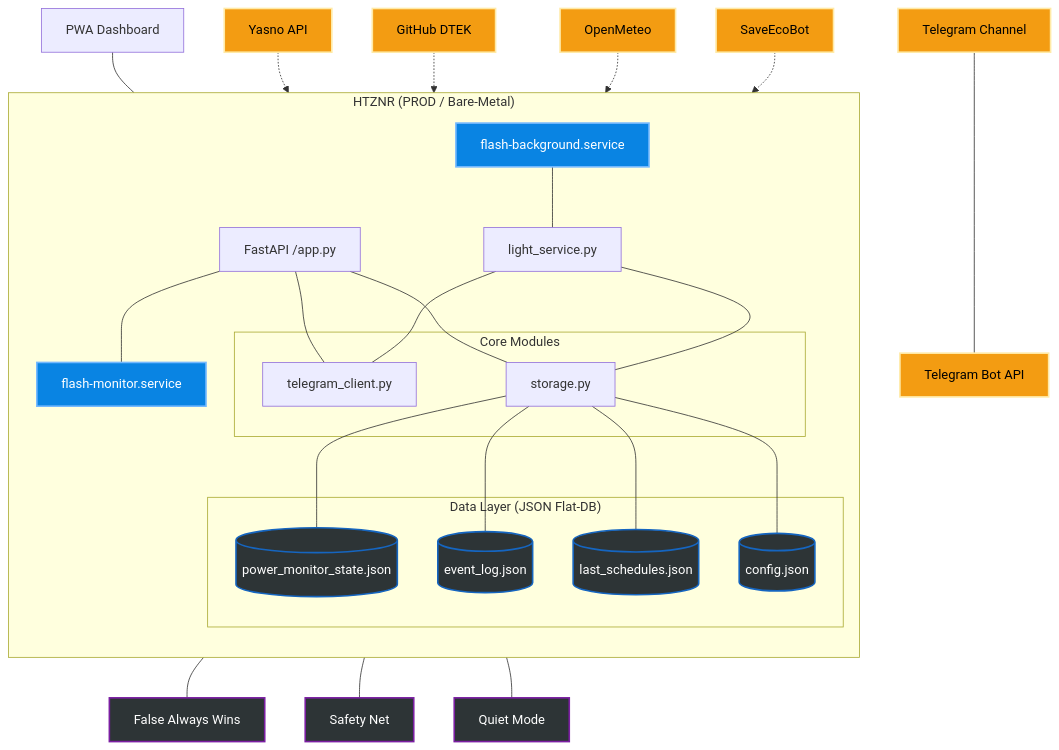
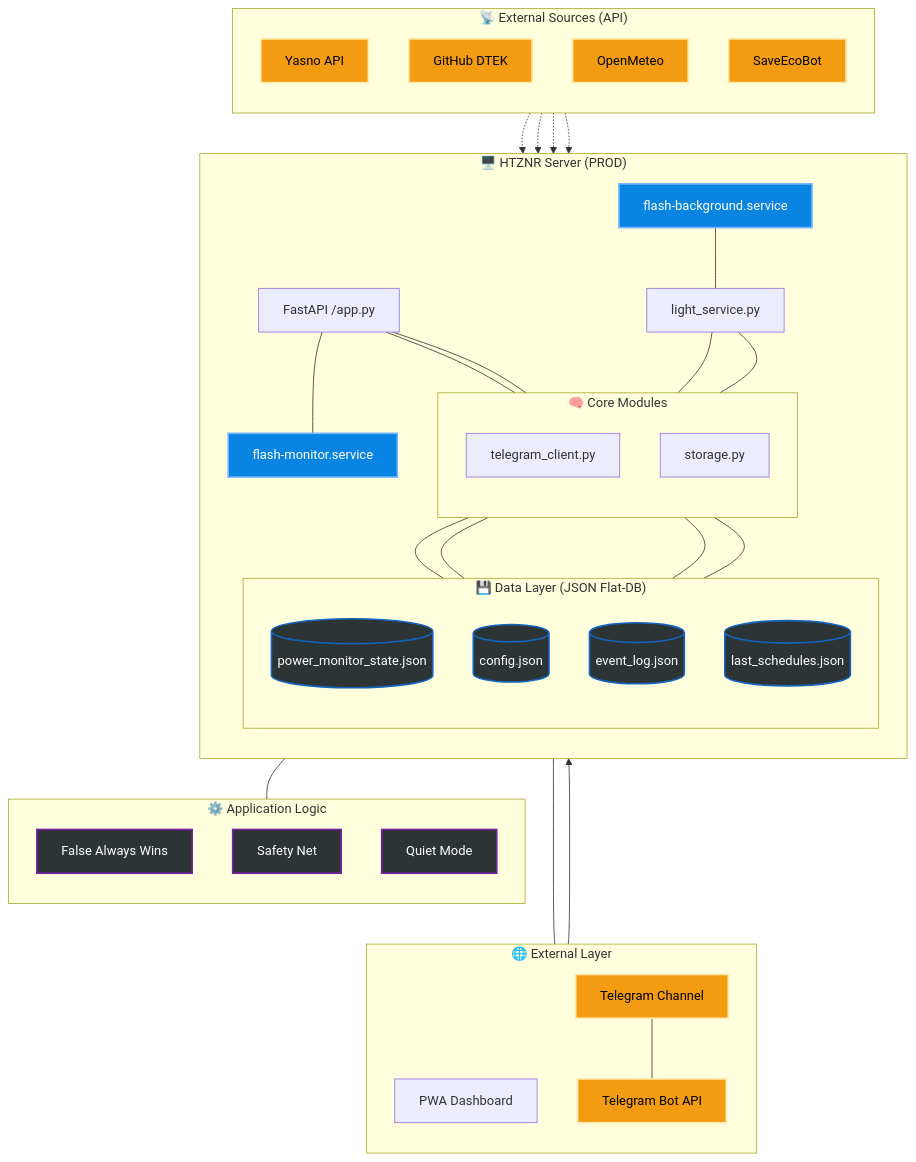
The diagram in README_ENG.md (weby-homelab/flash-monitor-kyiv), drawn with Mermaid before and after one commit. The commit also changed 1 other file, not shown here.

Commit message:
UI: Update system architecture diagram to vertical layout for better readability

```diff
--- a/README_ENG.md
+++ b/README_ENG.md
@@ -68,34 +68,41 @@
     classDef network fill:#00b894,stroke:#81ecec,stroke-width:2px,color:#fff
     classDef external fill:#f39c12,stroke:#ffeaa7,stroke-width:2px,color:#000
 
-    %% -- External & Access Layer --
-    TG[Telegram Channel] --- BOT[Telegram Bot API]
-    WEB[PWA Dashboard] --- API[FastAPI /app.py]
-    
-    subgraph "HTZNR (PROD / Bare-Metal)"
+    subgraph EXT ["🌐 External Layer"]
         direction TB
+        WEB[PWA Dashboard]
+        TG[Telegram Channel] --- BOT[Telegram Bot API]
+    end
+
+    subgraph PROD ["🖥️ HTZNR Server (PROD)"]
+        direction TB
+        
+        API[FastAPI /app.py]
         SVC[flash-monitor.service]
         BG[flash-background.service]
-        
-        API --- SVC
-        BG --- LMN[light_service.py]
-        
-        subgraph "Core Modules"
+        LMN[light_service.py]
+
+        subgraph Core ["🧠 Core Modules"]
+            direction TB
             TC[telegram_client.py]
             ST[storage.py]
         end
+        
+        subgraph Data ["💾 Data Layer (JSON Flat-DB)"]
+            direction TB
+            STATE[(power_monitor_state.json)]
+            CFG[(config.json)]
+            LOGS[(event_log.json)]
+            SCHED[(last_schedules.json)]
+        end
+        
+        API --- SVC
+        BG --- LMN
         
         LMN --- TC
         LMN --- ST
         API --- ST
         API --- TC
-        
-        subgraph "Data Layer (JSON Flat-DB)"
-            STATE[(power_monitor_state.json)]
-            CFG[(config.json)]
-            LOGS[(event_log.json)]
-            SCHED[(last_schedules.json)]
-        end
         
         ST --- STATE
         ST --- LOGS
@@ -103,16 +110,31 @@
         ST --- CFG
     end
 
-    %% -- External Sources --
-    YASNO[Yasno API] -.-> LMN
-    DTEK[GitHub DTEK] -.-> LMN
-    METEO[OpenMeteo] -.-> SVC
-    AQI[SaveEcoBot] -.-> SVC
+    subgraph Logic ["⚙️ Application Logic"]
+        direction TB
+        FN[False Always Wins]
+        SN[Safety Net]
+        QM[Quiet Mode]
+    end
 
-    %% -- Application Logic --
-    LMN --- FN[False Always Wins]
-    LMN --- SN[Safety Net]
-    LMN --- QM[Quiet Mode]
+    subgraph SRC ["📡 External Sources (API)"]
+        direction TB
+        YASNO[Yasno API]
+        DTEK[GitHub DTEK]
+        METEO[OpenMeteo]
+        AQI[SaveEcoBot]
+    end
+
+    %% -- Connections between subgraphs --
+    WEB ---> API
+    TC --- BOT
+    
+    LMN --- Logic
+    
+    YASNO -.-> LMN
+    DTEK -.-> LMN
+    METEO -.-> SVC
+    AQI -.-> SVC
 
     class TG,BOT,YASNO,DTEK,METEO,AQI external
     class SVC,BG service
```
